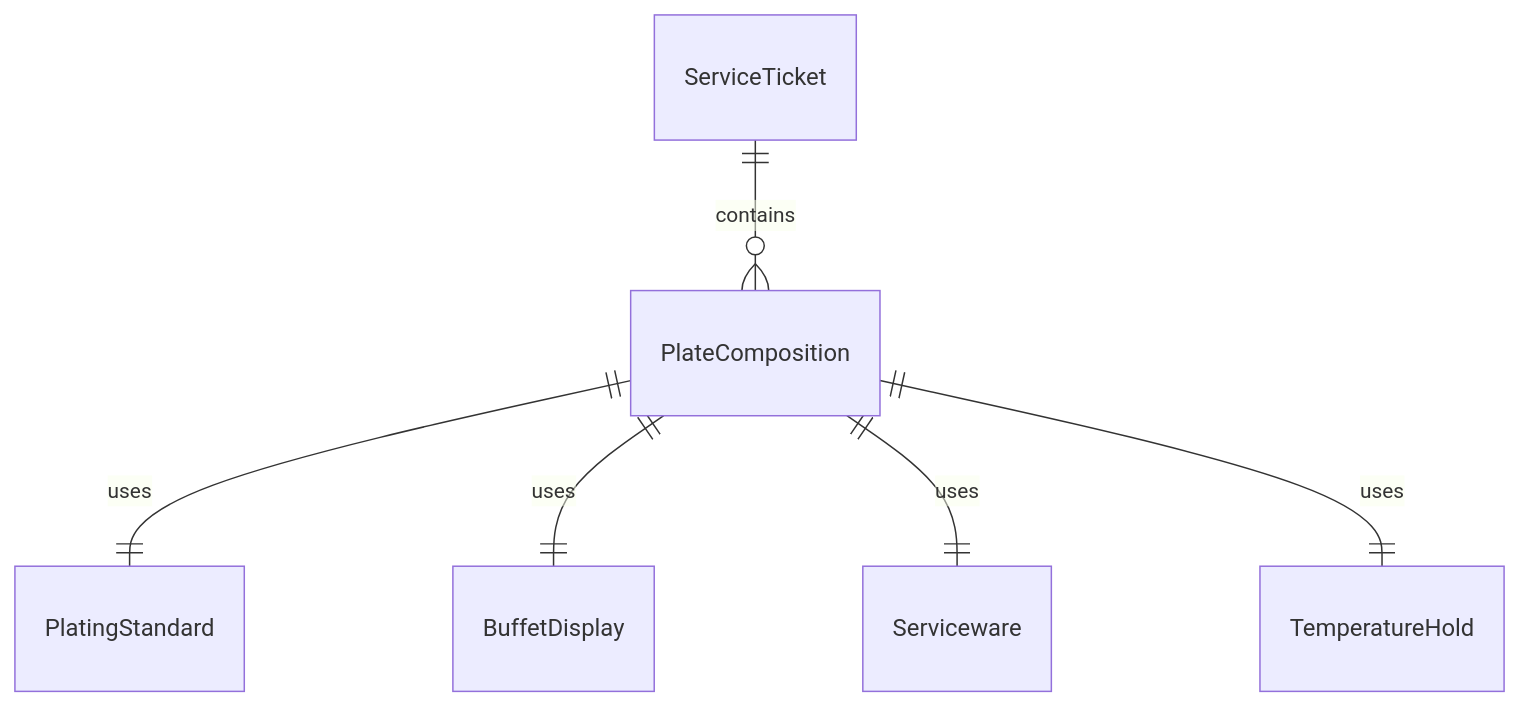
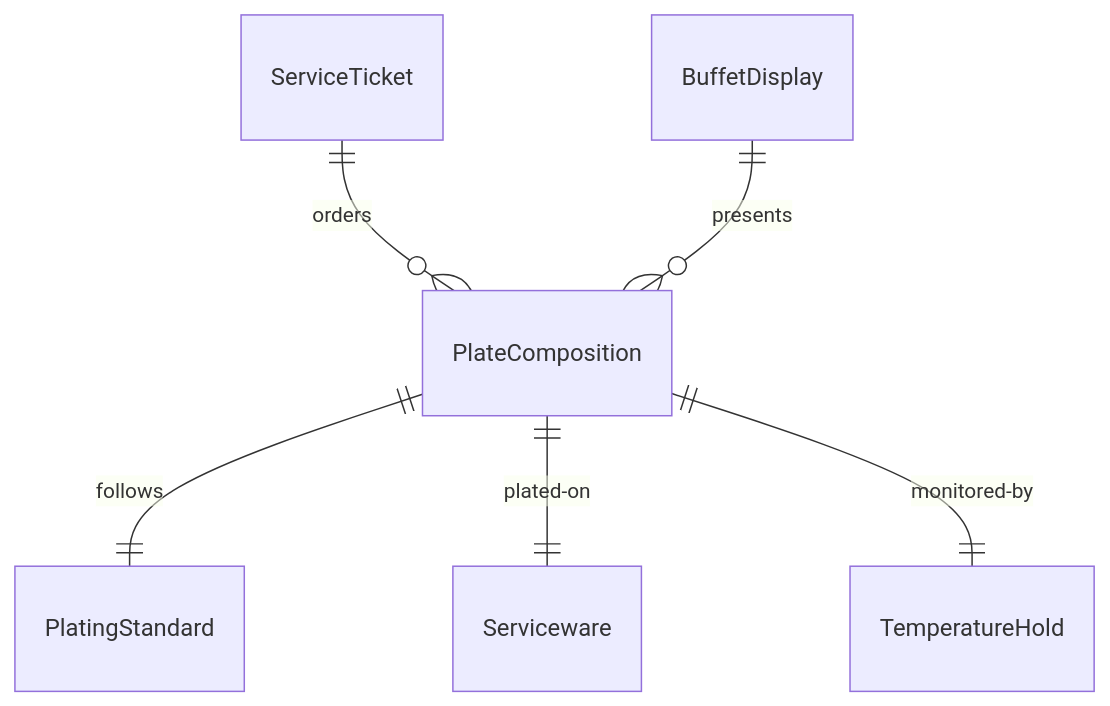
One commit to dot-org-ai/tasks.org.ai changed the first of 4 diagrams in HandlingAndMovingObjects/PrepareFoodsOrBeverages/ArrangeFoodServing.mdx. Above: the diagram before and after it, drawn with Mermaid. The commit also changed other lines of this file and 515 other files, not shown here.

````diff
--- a/HandlingAndMovingObjects/PrepareFoodsOrBeverages/ArrangeFoodServing.mdx
+++ b/HandlingAndMovingObjects/PrepareFoodsOrBeverages/ArrangeFoodServing.mdx
@@ -87,8 +87,8 @@
 ```mermaid
 erDiagram
-    ServiceTicket ||--o{ PlateComposition : "contains"
-    PlateComposition ||--|| PlatingStandard : "uses"
-    PlateComposition ||--|| BuffetDisplay : "uses"
-    PlateComposition ||--|| Serviceware : "uses"
-    PlateComposition ||--|| TemperatureHold : "uses"
+    ServiceTicket ||--o{ PlateComposition : "orders"
+    PlateComposition ||--|| PlatingStandard : "follows"
+    PlateComposition ||--|| Serviceware : "plated-on"
+    BuffetDisplay ||--o{ PlateComposition : "presents"
+    PlateComposition ||--|| TemperatureHold : "monitored-by"
 ```
````
